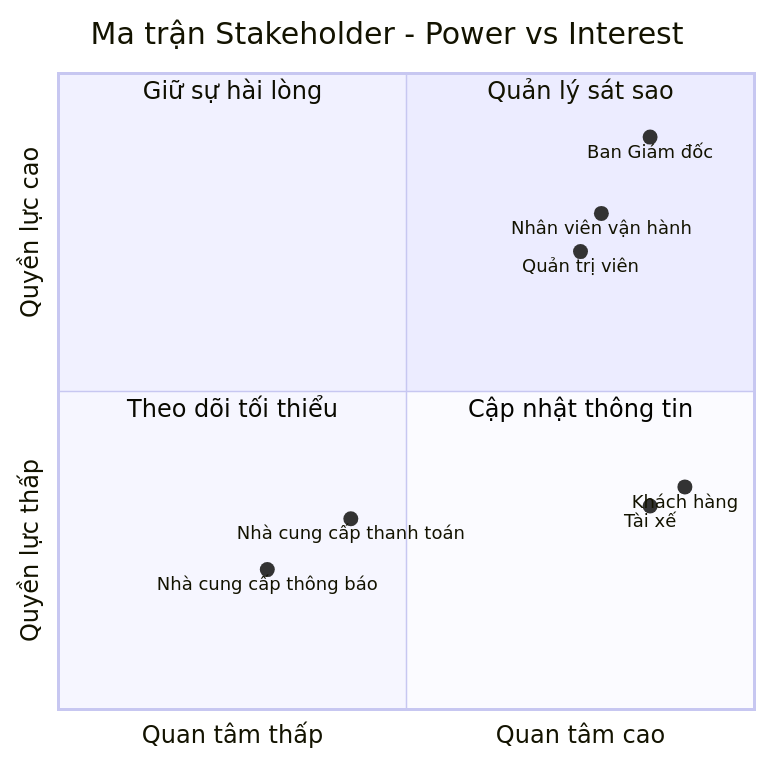
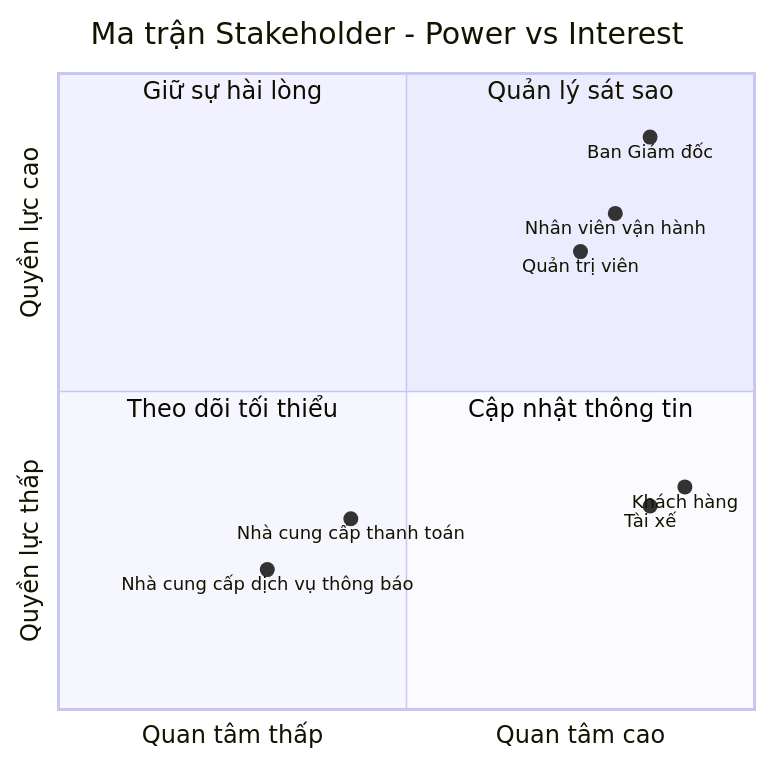
Before and after one commit to npmaitrinh09-wq/23651511_NguyenPhamMaiTrinh_cabsystem: the first of 3 diagrams in README.md, drawn with Mermaid. The commit also changed other lines of this file, not shown here.

````diff
--- a/README.md
+++ b/README.md
@@ -27,21 +26,21 @@
 ```mermaid
 quadrantChart
     title Ma trận Stakeholder - Power vs Interest
     x-axis "Quan tâm thấp" --> "Quan tâm cao"
     y-axis "Quyền lực thấp" --> "Quyền lực cao"
 
     quadrant-1 "Quản lý sát sao"
     quadrant-2 "Giữ sự hài lòng"
     quadrant-3 "Theo dõi tối thiểu"
     quadrant-4 "Cập nhật thông tin"
 
     "Ban Giám đốc": [0.85, 0.90]
-    "Nhân viên vận hành": [0.78, 0.78]
+    "Nhân viên vận hành": [0.80, 0.78]
     "Quản trị viên": [0.75, 0.72]
 
     "Khách hàng": [0.90, 0.35]
     "Tài xế": [0.85, 0.32]
 
     "Nhà cung cấp thanh toán": [0.42, 0.30]
-    "Nhà cung cấp thông báo": [0.30, 0.22]
+    "Nhà cung cấp dịch vụ thông báo": [0.30, 0.22]
 ```
````
